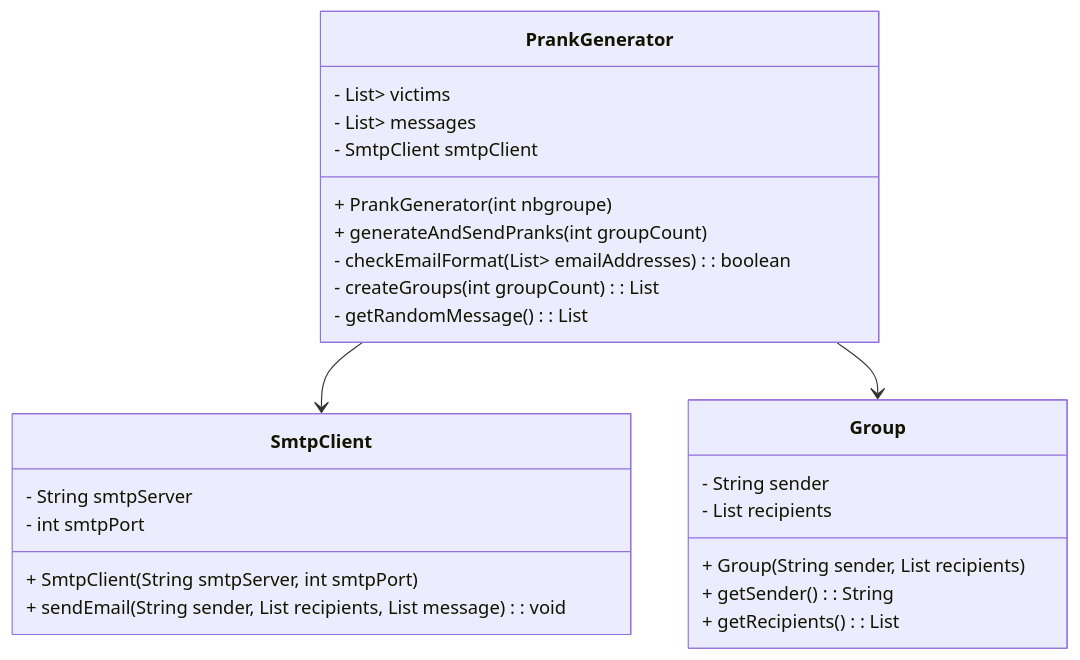
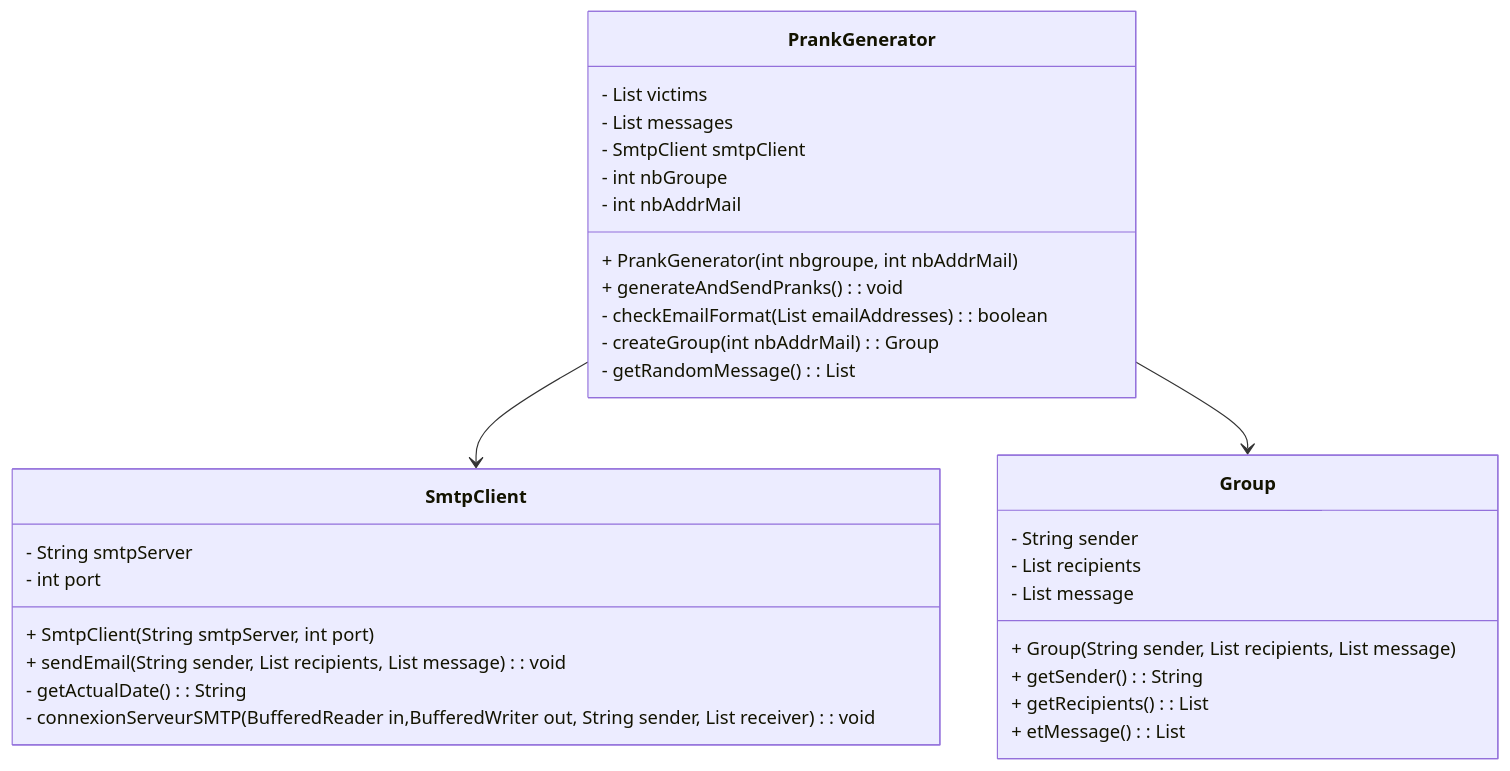
The diagram in README.md (aminekhelfi/dai-smtp), drawn with Mermaid before and after one commit.

````diff
--- a/README.md
+++ b/README.md
@@ -47,31 +47,37 @@
 ```mermaid
 classDiagram
 class PrankGenerator {
-- List<List<String>> victims
-- List<List<String>> messages
+- List<String> victims
+- List<String> messages
 - SmtpClient smtpClient
-+ PrankGenerator(int nbgroupe)
-+ generateAndSendPranks(int groupCount)
-- checkEmailFormat(List<List<String>> emailAddresses): boolean
-- createGroups(int groupCount): List<Group>
+- int nbGroupe
+- int nbAddrMail
++ PrankGenerator(int nbgroupe, int nbAddrMail)
++ generateAndSendPranks(): void
+- checkEmailFormat(List<String> emailAddresses): boolean 
+- createGroup(int nbAddrMail): Group
 - getRandomMessage(): List<String>
 }
 
     class SmtpClient {
         - String smtpServer
-        - int smtpPort
-        + SmtpClient(String smtpServer, int smtpPort)
+        - int port
+        + SmtpClient(String smtpServer, int port)
         + sendEmail(String sender, List<String> recipients, List<String> message): void
+        - getActualDate(): String
+        - connexionServeurSMTP(BufferedReader in,BufferedWriter out, String sender, List<String> receiver): void
     }
 
     class Group {
         - String sender
         - List<String> recipients
-        + Group(String sender, List<String> recipients)
+        - List<String> message
+        + Group(String sender, List<String> recipients, List<String> message)
         + getSender(): String
         + getRecipients(): List<String>
+        + etMessage(): List<String>
     }
 
     PrankGenerator --> SmtpClient
     PrankGenerator --> Group
 ```
````
